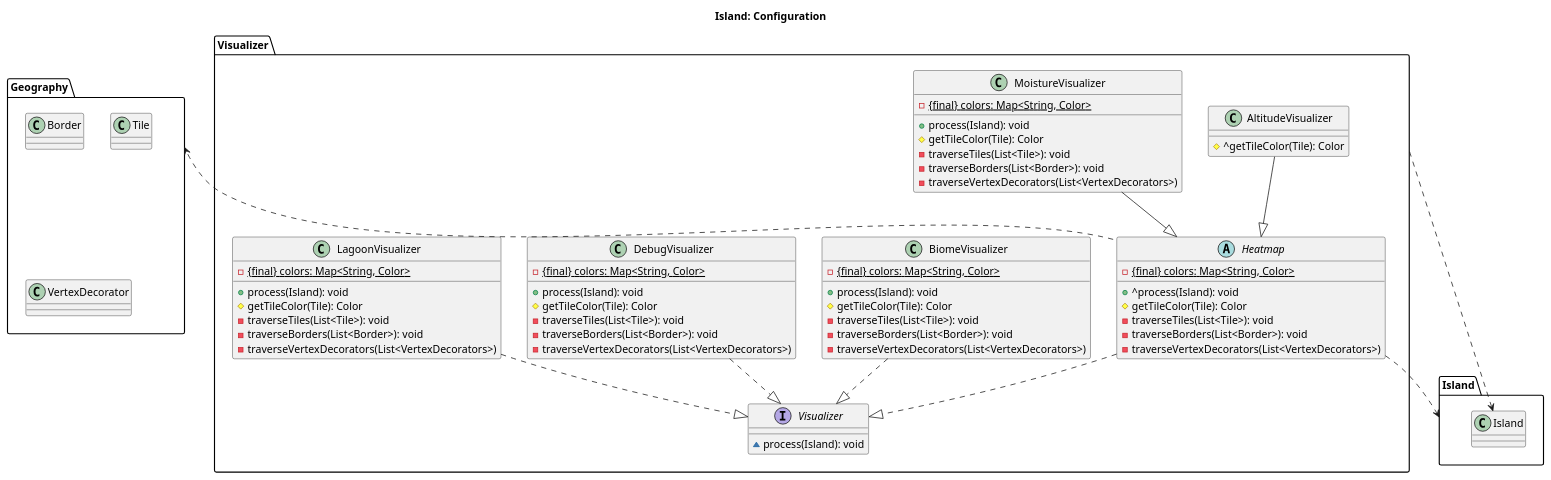
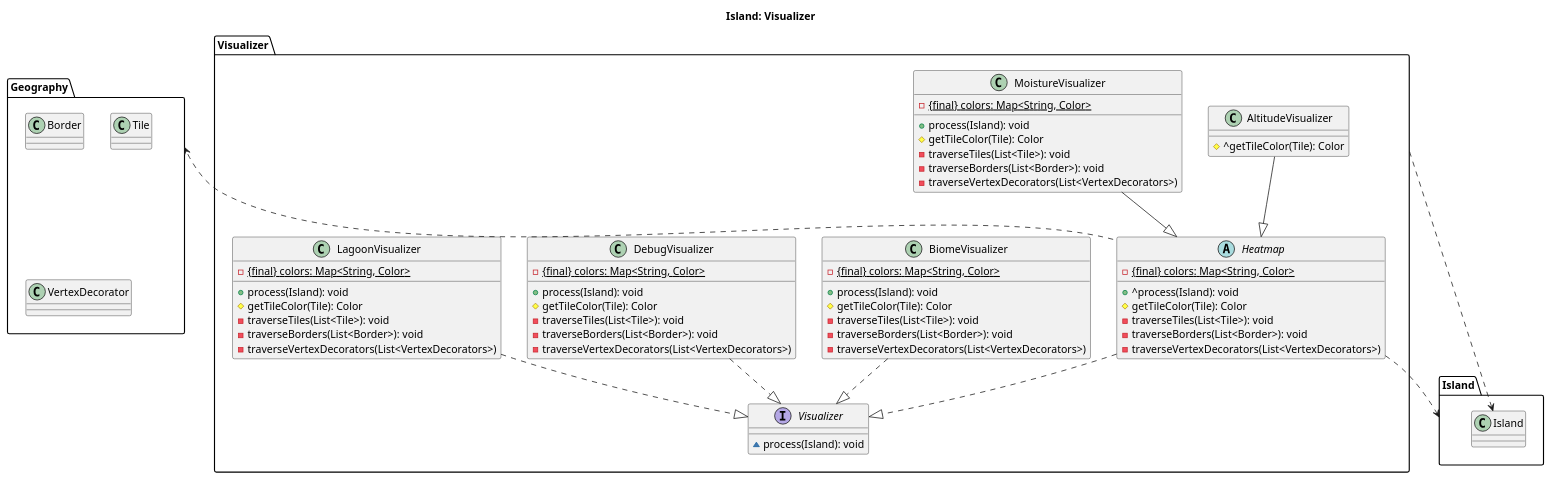
Before and after one commit to itshady/Island-Generator: the diagram in umlDiagrams/A3/IndividualPackages/Visualizer/island_visual.puml, drawn with PlantUML. The commit also changed 1 other file, not shown here.

Commit message:
Fixed mistake with visualizer UML diagram title

```diff
--- a/umlDiagrams/A3/IndividualPackages/Visualizer/island_visual.puml
+++ b/umlDiagrams/A3/IndividualPackages/Visualizer/island_visual.puml
@@ -1,86 +1,86 @@
 @startuml
 
-title Island: Configuration
+title Island: Visualizer
 
 package Visualizer {
 
   interface Visualizer {
     ~process(Island): void
   }
   abstract class Heatmap {
     -{static}{final} colors: Map<String, Color>
     +^process(Island): void
     #getTileColor(Tile): Color
     -traverseTiles(List<Tile>): void
     -traverseBorders(List<Border>): void
     -traverseVertexDecorators(List<VertexDecorators>)
   }
   class AltitudeVisualizer {
     #^getTileColor(Tile): Color
   }
   class BiomeVisualizer {
     -{static}{final} colors: Map<String, Color>
     +process(Island): void
     #getTileColor(Tile): Color
     -traverseTiles(List<Tile>): void
     -traverseBorders(List<Border>): void
     -traverseVertexDecorators(List<VertexDecorators>)
   }
   class DebugVisualizer {
     -{static}{final} colors: Map<String, Color>
     +process(Island): void
     #getTileColor(Tile): Color
     -traverseTiles(List<Tile>): void
     -traverseBorders(List<Border>): void
     -traverseVertexDecorators(List<VertexDecorators>)
   }
   class LagoonVisualizer {
     -{static}{final} colors: Map<String, Color>
     +process(Island): void
     #getTileColor(Tile): Color
     -traverseTiles(List<Tile>): void
     -traverseBorders(List<Border>): void
     -traverseVertexDecorators(List<VertexDecorators>)
   }
   class MoistureVisualizer {
     -{static}{final} colors: Map<String, Color>
     +process(Island): void
     #getTileColor(Tile): Color
     -traverseTiles(List<Tile>): void
     -traverseBorders(List<Border>): void
     -traverseVertexDecorators(List<VertexDecorators>)
   }
 
 }
 
 package Island {
 
   class Island
 
 }
 
 package Geography {
 
   class Border
   class Tile
   class VertexDecorator
 
 }
 
 AltitudeVisualizer --|> Visualizer.Heatmap
 
 BiomeVisualizer ..|> Visualizer.Visualizer
 
 DebugVisualizer ..|> Visualizer.Visualizer
 
 Heatmap ..|> Visualizer.Visualizer
 Heatmap .down.> Island
 Heatmap .up.> Geography
 
 LagoonVisualizer ..|> Visualizer.Visualizer
 
 MoistureVisualizer --|> Visualizer.Heatmap
 
 Visualizer .up.> Island.Island
 
 @enduml
```
